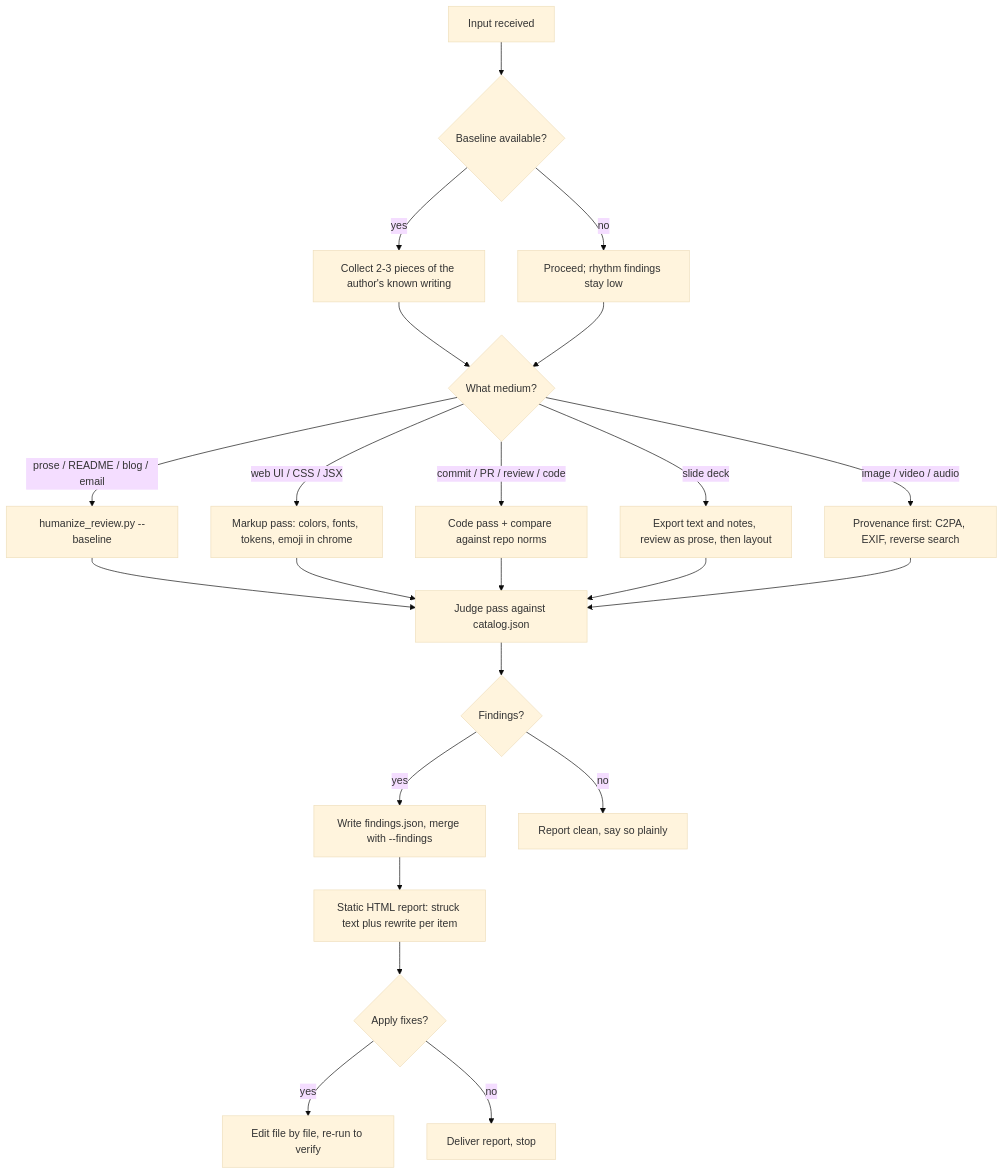
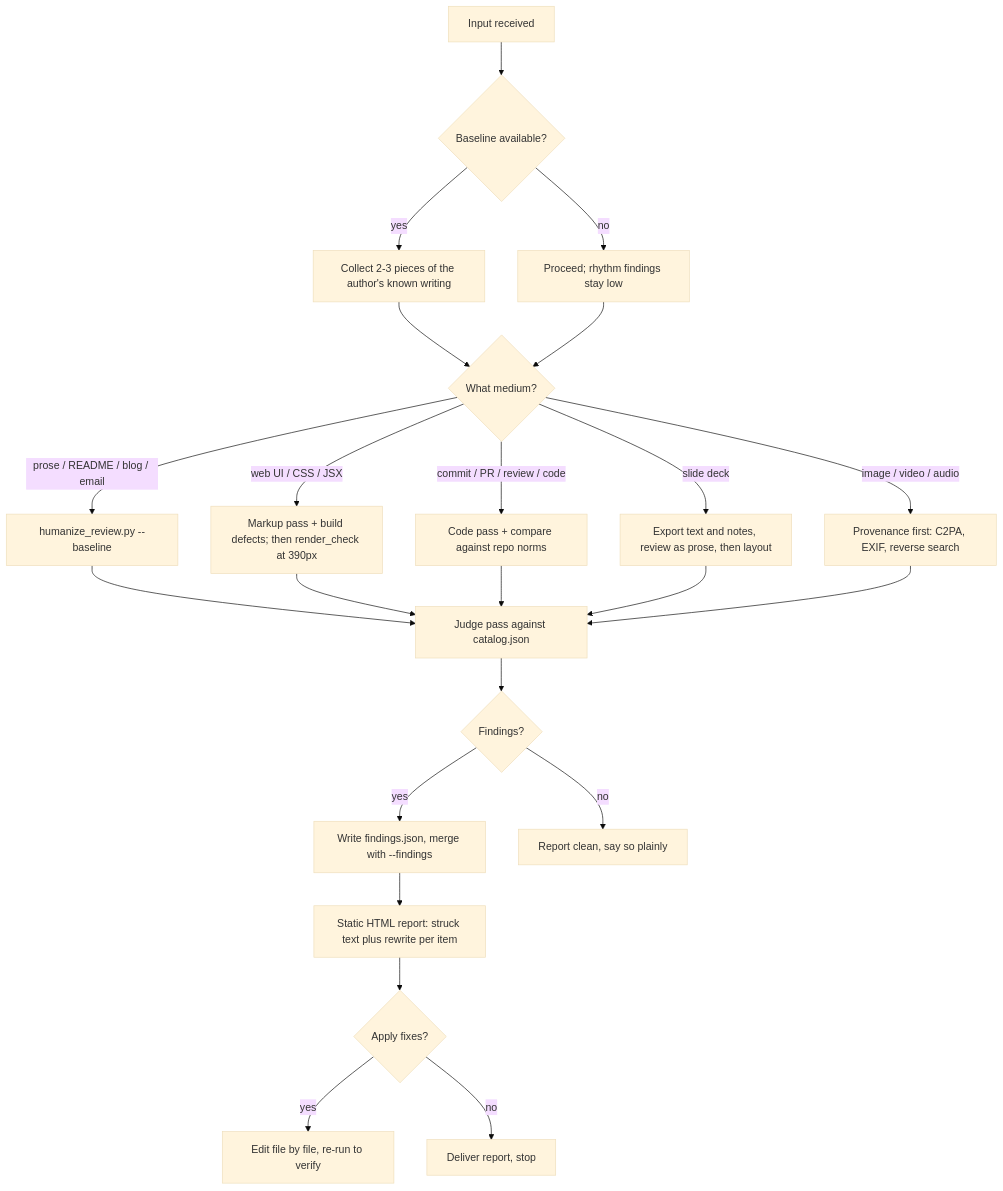
One commit to curiositech/port-daddy changed the diagram in skills/make_copy_and_media_human/SKILL.md. Above: the diagram before and after it, drawn with Mermaid (base theme). The commit also changed other lines of this file and 8 other files, not shown here.

First line of the commit message:
Add a web build-defect lane: static checks plus a real render pass

````diff
--- a/skills/make_copy_and_media_human/SKILL.md
+++ b/skills/make_copy_and_media_human/SKILL.md
@@ -169,25 +177,25 @@
 ```mermaid
 flowchart TD
     A[Input received] --> B{Baseline available?}
     B -->|yes| C[Collect 2-3 pieces of the author's known writing]
     B -->|no| D[Proceed; rhythm findings stay low]
     C --> E{What medium?}
     D --> E
     E -->|prose / README / blog / email| F[humanize_review.py --baseline]
-    E -->|web UI / CSS / JSX| G[Markup pass: colors, fonts, tokens, emoji in chrome]
+    E -->|web UI / CSS / JSX| G[Markup pass + build defects; then render_check at 390px]
     E -->|commit / PR / review / code| H[Code pass + compare against repo norms]
     E -->|slide deck| I[Export text and notes, review as prose, then layout]
     E -->|image / video / audio| J[Provenance first: C2PA, EXIF, reverse search]
     F --> K[Judge pass against catalog.json]
     G --> K
     H --> K
     I --> K
     J --> K
     K --> L{Findings?}
     L -->|yes| M[Write findings.json, merge with --findings]
     L -->|no| N[Report clean, say so plainly]
     M --> O[Static HTML report: struck text plus rewrite per item]
     O --> P{Apply fixes?}
     P -->|yes| Q[Edit file by file, re-run to verify]
     P -->|no| R[Deliver report, stop]
 ```
````
